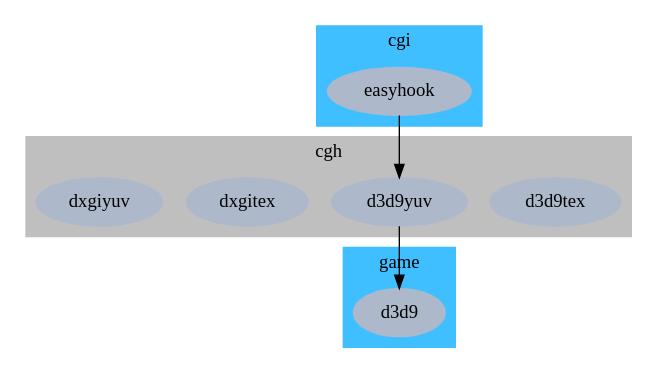
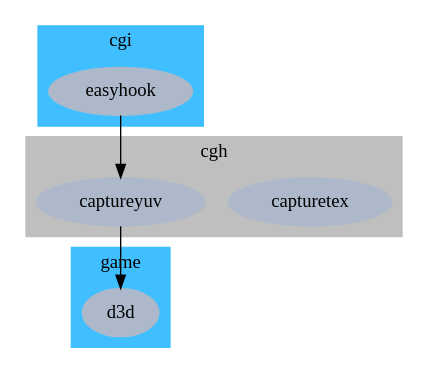
One commit to ksyun-kenc/liuguang changed the diagram in doc/cgi.gv. Above: the diagram before and after it, drawn with Graphviz. The commit also changed 1 other file, not shown here.

```diff
--- a/doc/cgi.gv
+++ b/doc/cgi.gv
@@ -1,28 +1,28 @@
 digraph G {
 
 	subgraph cluster_0 {
 		style=filled;
 		color="#3FBFFF";
 		node [style=filled,color="#ADB9CA"];
 		easyhook;
 		label = "cgi";
 	}
 
 	subgraph cluster_1 {
 		style=filled;
 		color="#BFBFBF";
 		node [style=filled,color="#ADB9CA"];
-		d3d9tex d3d9yuv dxgitex dxgiyuv;
+		capturetex captureyuv;
 		label = "cgh";
 	}
 
 	subgraph cluster_2 {
 		style=filled;
 		color="#3FBFFF";
 		node [style=filled,color="#ADB9CA"];
-		d3d9;
+		d3d;
 		label = "game";
 	}
 
-	easyhook -> d3d9yuv -> d3d9;
+	easyhook -> captureyuv -> d3d;
 }
```
